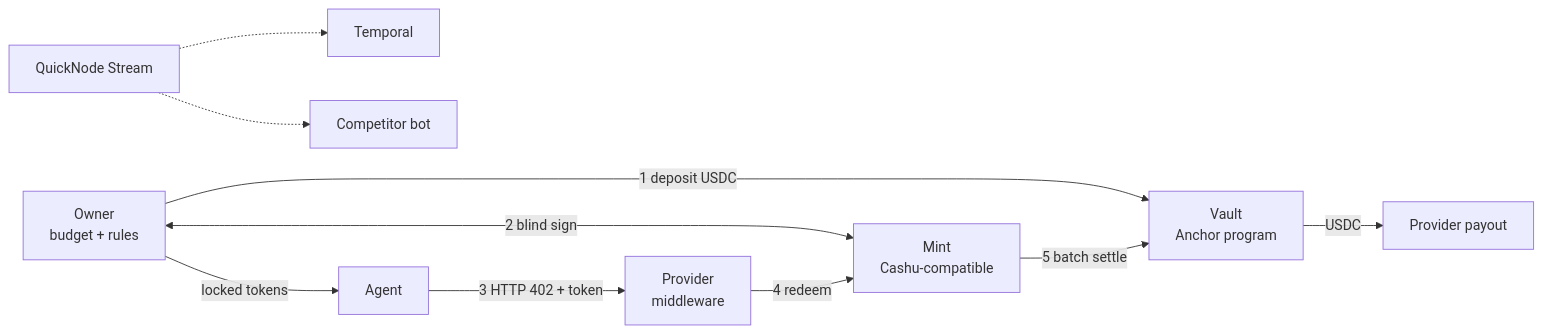
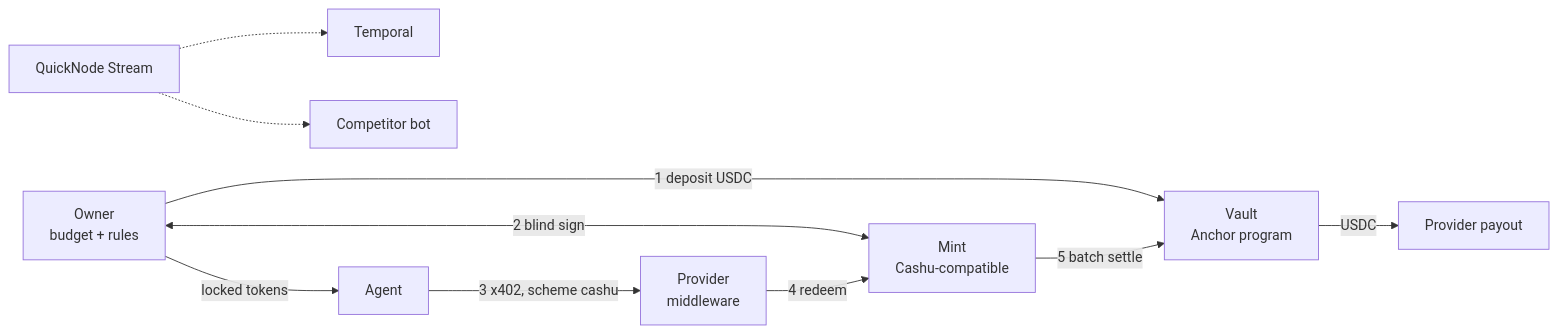
One commit to brockbenton/blindfold changed the diagram in docs/design.md. Above: the diagram before and after it, drawn with Mermaid. The commit also changed other lines of this file and 13 other files, not shown here.

First line of the commit message:
Switch payment handshake to x402 v2 with a custom cashu scheme

````diff
--- a/docs/design.md
+++ b/docs/design.md
@@ -7,12 +7,12 @@
 ```mermaid
 flowchart LR
     Owner["Owner<br/>budget + rules"] -->|1 deposit USDC| Vault["Vault<br/>Anchor program"]
     Owner <-->|2 blind sign| Mint["Mint<br/>Cashu-compatible"]
     Owner -->|locked tokens| Agent["Agent"]
-    Agent -->|3 HTTP 402 + token| Provider["Provider<br/>middleware"]
+    Agent -->|3 x402, scheme cashu| Provider["Provider<br/>middleware"]
     Provider -->|4 redeem| Mint
     Mint -->|5 batch settle| Vault
     Vault -->|USDC| Payout["Provider payout"]
     Stream["QuickNode Stream"] -.-> Temporal["Temporal"]
     Stream -.-> Bot["Competitor bot"]
 ```
````
